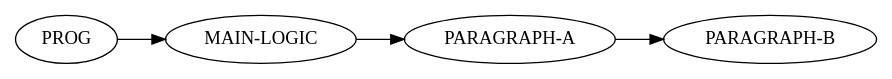
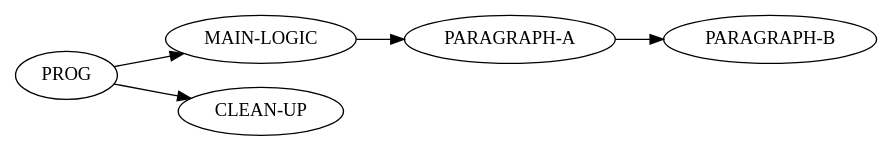
The diagram in clients/analysis/src/__tests__/__resources__/cfgraph/case123.result.dot (eclipse-che4z/che-che4z-lsp-for-cobol), drawn with Graphviz before and after one commit. The commit also changed 1 other file, not shown here.

```diff
--- a/clients/analysis/src/__tests__/__resources__/cfgraph/case123.result.dot
+++ b/clients/analysis/src/__tests__/__resources__/cfgraph/case123.result.dot
@@ -1,6 +1,7 @@
 digraph A {
 rankdir=LR;
 <PROG>-><MAIN-LOGIC>;
+<PROG>-><CLEAN-UP>;
 <MAIN-LOGIC>-><PARAGRAPH-A>;
 <PARAGRAPH-A>-><PARAGRAPH-B>;
 }
```
